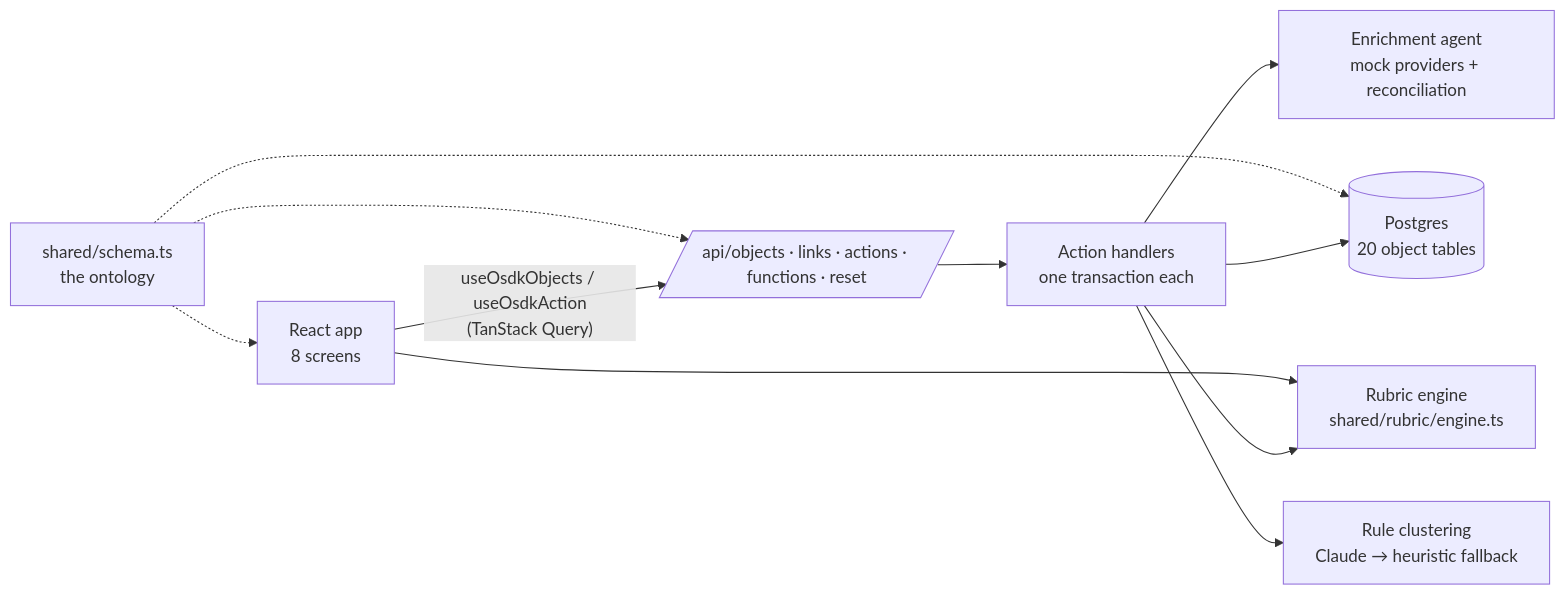
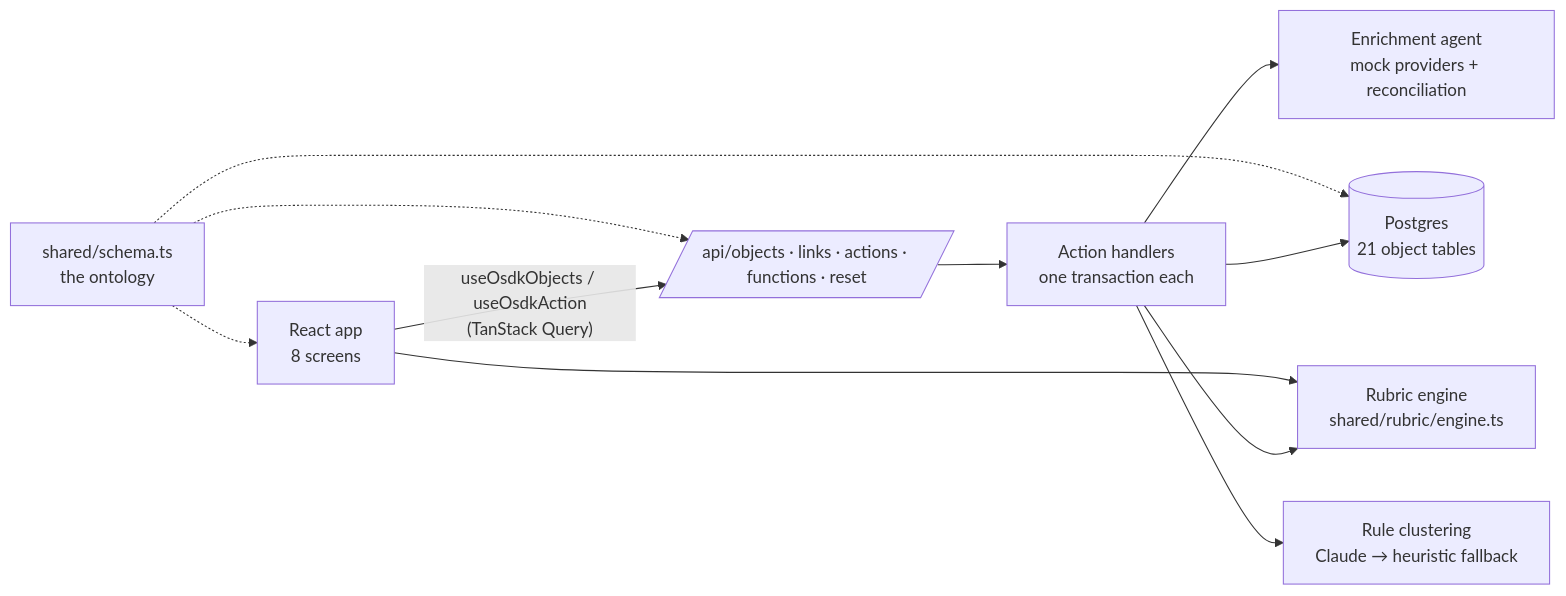
Before and after one commit to llukehanna/beacon: the first of 2 diagrams in docs/architecture.md, drawn with Mermaid. The commit also changed other lines of this file and 14 other files, not shown here.

````diff
--- a/docs/architecture.md
+++ b/docs/architecture.md
@@ -5,13 +5,13 @@
 ```mermaid
 flowchart LR
   UI[React app<br/>8 screens] -- "useOsdkObjects / useOsdkAction<br/>(TanStack Query)" --> API[/api/objects · links · actions · functions · reset/]
   API --> Actions[Action handlers<br/>one transaction each]
   Actions --> Rubric[Rubric engine<br/>shared/rubric/engine.ts]
   UI --> Rubric
   Actions --> Agent[Enrichment agent<br/>mock providers + reconciliation]
   Actions --> Cluster[Rule clustering<br/>Claude → heuristic fallback]
-  Actions --> PG[(Postgres<br/>20 object tables)]
+  Actions --> PG[(Postgres<br/>21 object tables)]
   Schema[shared/schema.ts<br/>the ontology] -.-> PG
   Schema -.-> API
   Schema -.-> UI
 ```
````
